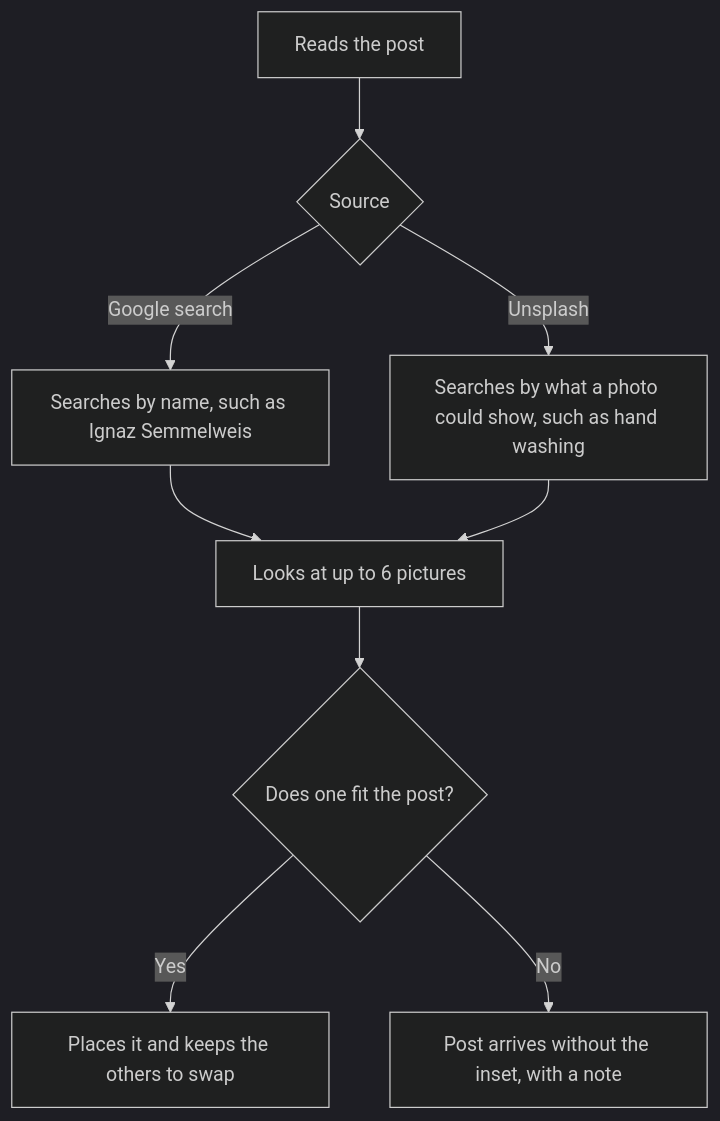
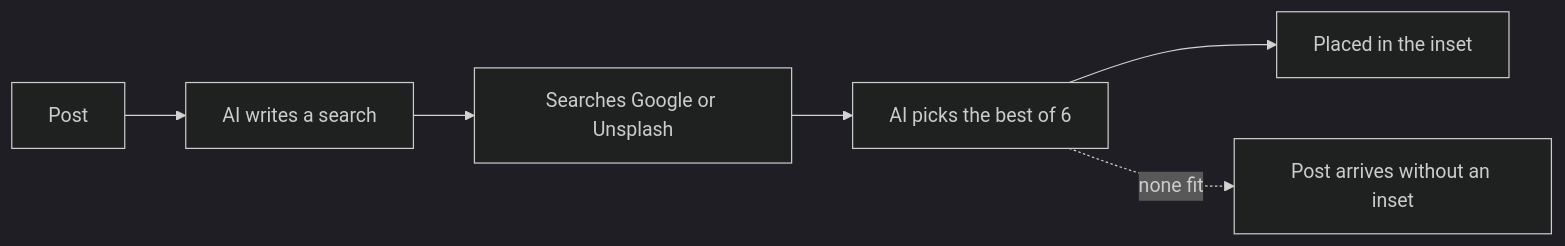
The diagram in web/content/PRDs/inset-finder.md (nauqh/fb-agent), drawn with Mermaid (dark theme) before and after one commit. The commit also changed other lines of this file, not shown here.

First line of the commit message:
docs(prd): mark the inset finder finished and simplify its diagram

````diff
--- a/web/content/PRDs/inset-finder.md
+++ b/web/content/PRDs/inset-finder.md
@@ -37,11 +37,8 @@
 ```mermaid
-flowchart TD
-  A["Reads the post"] --> B{"Source"}
-  B -->|Google search| C["Searches by name, such as Ignaz Semmelweis"]
-  B -->|Unsplash| D["Searches by what a photo could show, such as hand washing"]
-  C --> F["Looks at up to 6 pictures"]
-  D --> F
-  F --> G{"Does one fit the post?"}
-  G -->|Yes| H["Places it and keeps the others to swap"]
-  G -->|No| I["Post arrives without the inset, with a note"]
+flowchart LR
+  A["Post"] --> B["AI writes a search"]
+  B --> C["Searches Google or Unsplash"]
+  C --> D["AI picks the best of 6"]
+  D --> E["Placed in the inset"]
+  D -.->|none fit| F["Post arrives without an inset"]
 ```
````
